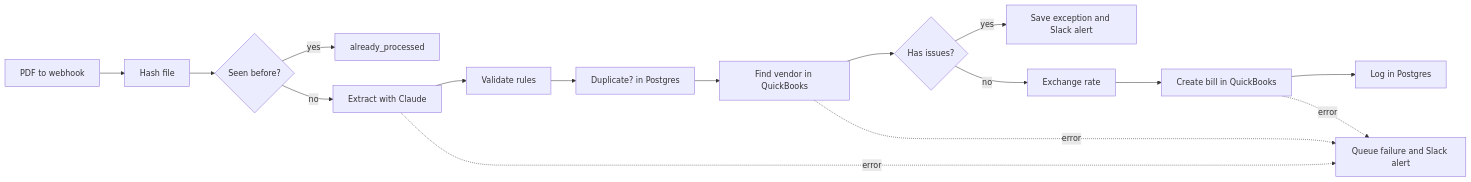
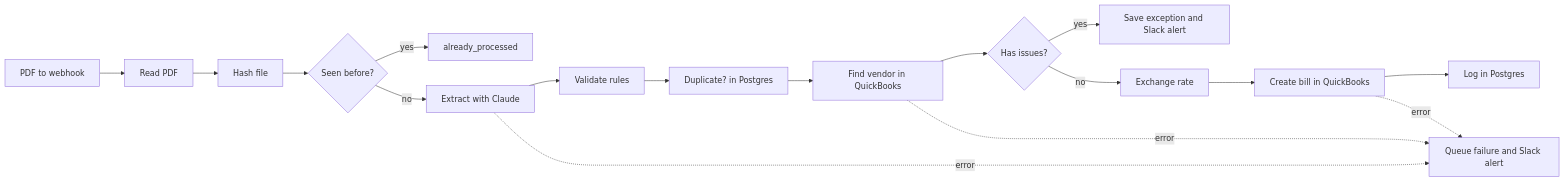
One commit to ewerside/invoice-to-quickbooks changed the diagram in README.md. Above: the diagram before and after it, drawn with Mermaid.

Commit message:
add read pdf to the readme diagram

````diff
--- a/README.md
+++ b/README.md
@@ -11,18 +11,19 @@
 ```mermaid
 flowchart LR
-    A[PDF to webhook] --> B[Hash file]
+    A[PDF to webhook] --> P[Read PDF]
+    P --> B[Hash file]
     B --> C{Seen before?}
     C -- yes --> S[already_processed]
     C -- no --> D[Extract with Claude]
     D --> E[Validate rules]
     E --> F[Duplicate? in Postgres]
     F --> G[Find vendor in QuickBooks]
     G --> H{Has issues?}
     H -- yes --> X[Save exception and Slack alert]
     H -- no --> R[Exchange rate]
     R --> J[Create bill in QuickBooks]
     J --> L[Log in Postgres]
     D -. error .-> Q[Queue failure and Slack alert]
     G -. error .-> Q
     J -. error .-> Q
 ```
````
